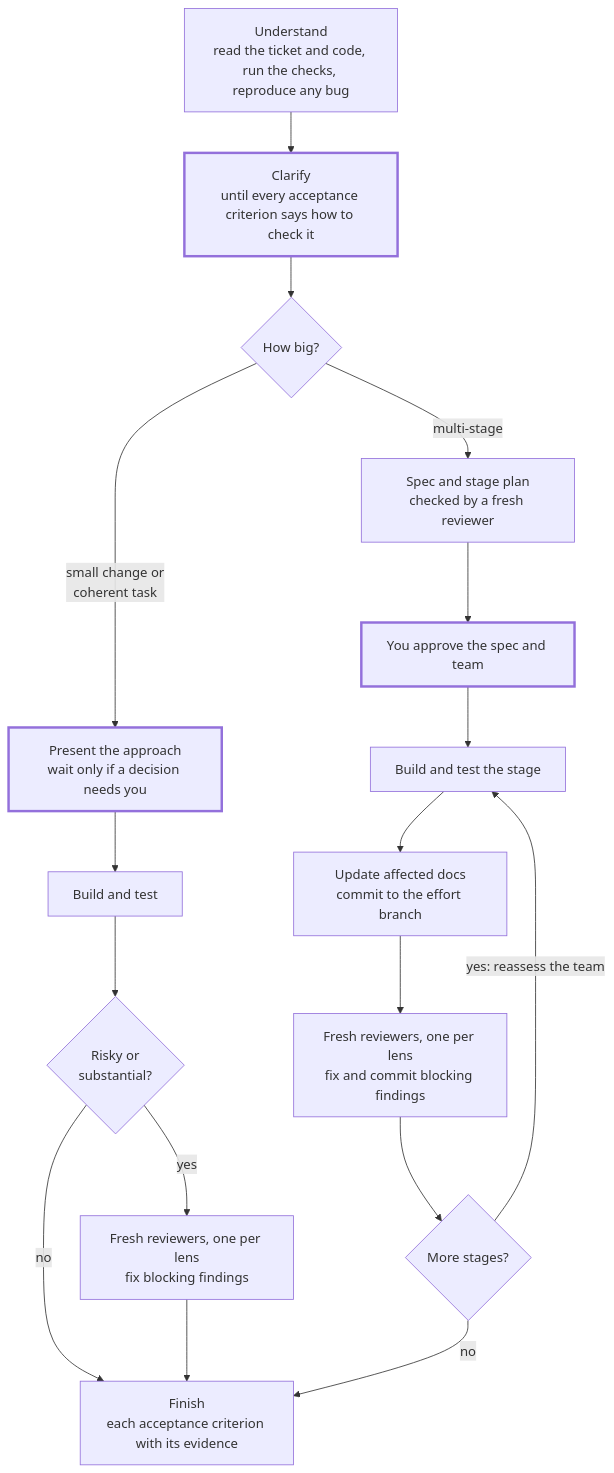
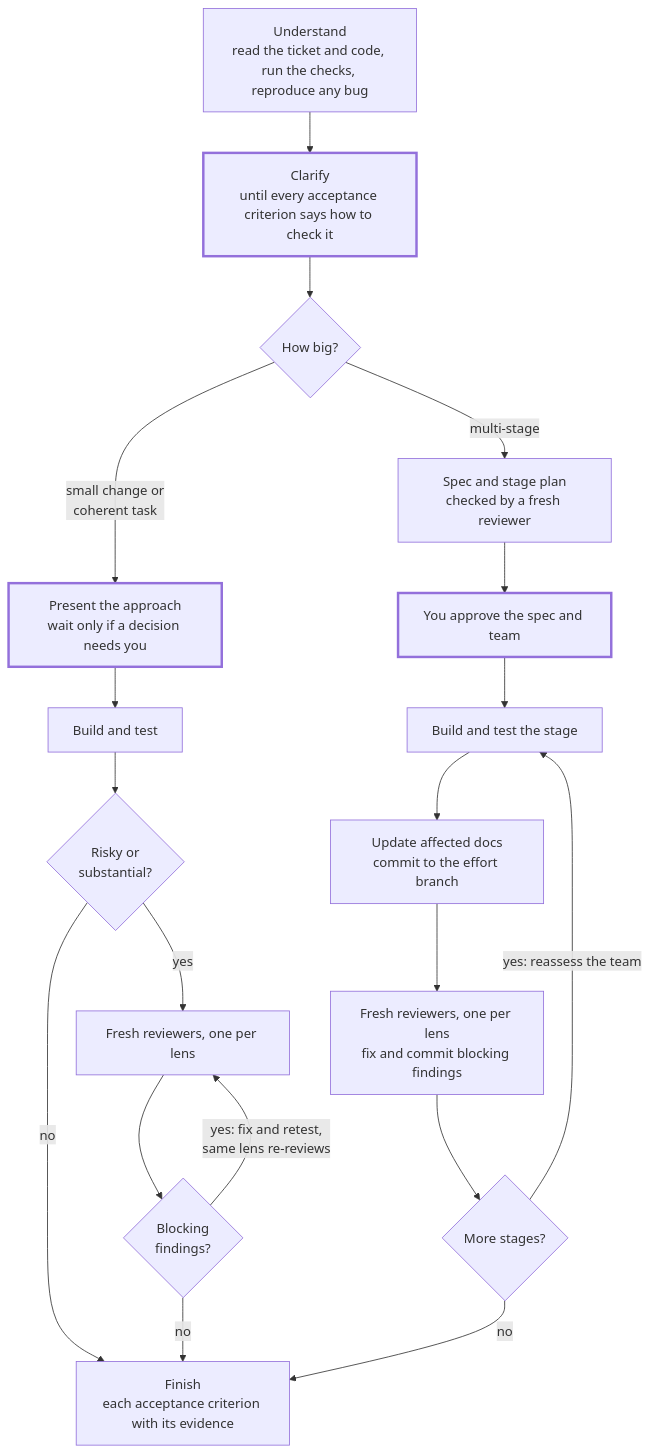
The diagram in do-my-work/README.md (dipsylala/skills), drawn with Mermaid before and after one commit.

Commit message:
Show the blocking-findings loop in the do-my-work workflow diagram
On the small and coherent path, a "Blocking findings?" decision now
loops back to the reviewers (fix and retest, same lens re-reviews)
and goes to Finish when there are none.

````diff
--- a/do-my-work/README.md
+++ b/do-my-work/README.md
@@ -50,37 +50,40 @@
 ```mermaid
 flowchart TD
     U["Understand<br/>read the ticket and code, run the checks, reproduce any bug"]
     C["Clarify<br/>until every acceptance criterion says how to check it"]
     Size{"How big?"}
     Plan["Present the approach<br/>wait only if a decision needs you"]
     Build["Build and test"]
     Risky{"Risky or<br/>substantial?"}
-    Review["Fresh reviewers, one per lens<br/>fix blocking findings"]
+    Review["Fresh reviewers, one per lens"]
+    Blocking{"Blocking<br/>findings?"}
     Spec["Spec and stage plan<br/>checked by a fresh reviewer"]
     Approve["You approve the spec and team"]
     Stage["Build and test the stage"]
     Commit["Update affected docs<br/>commit to the effort branch"]
     StageReview["Fresh reviewers, one per lens<br/>fix and commit blocking findings"]
     More{"More stages?"}
     Finish["Finish<br/>each acceptance criterion with its evidence"]
 
     U --> C
     C --> Size
     Size -- "small change or<br/>coherent task" --> Plan
     Plan --> Build
     Build --> Risky
     Risky -- yes --> Review
     Risky -- no --> Finish
-    Review --> Finish
+    Review --> Blocking
+    Blocking -- "yes: fix and retest,<br/>same lens re-reviews" --> Review
+    Blocking -- no --> Finish
     Size -- multi-stage --> Spec
     Spec --> Approve
     Approve --> Stage
     Stage --> Commit
     Commit --> StageReview
     StageReview --> More
     More -- "yes: reassess the team" --> Stage
     More -- no --> Finish
 
     classDef you stroke-width:3px
     class C,Plan,Approve you
 ```
````
